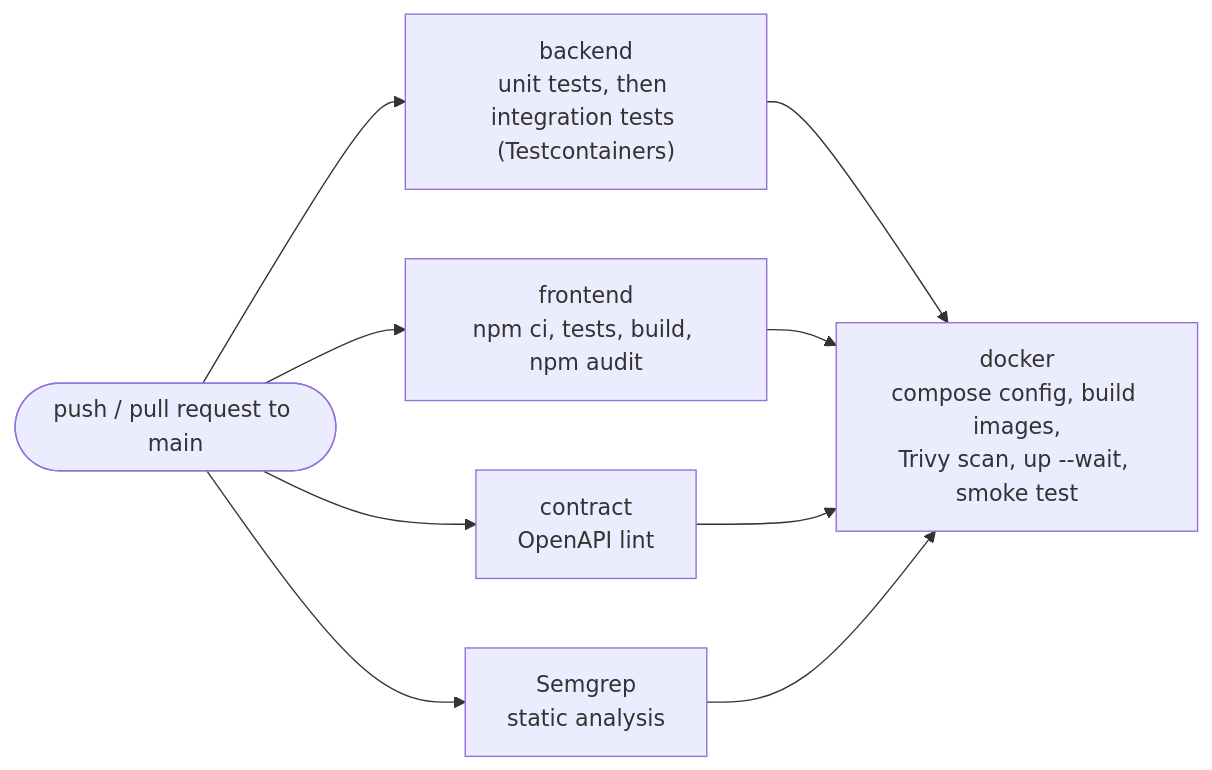
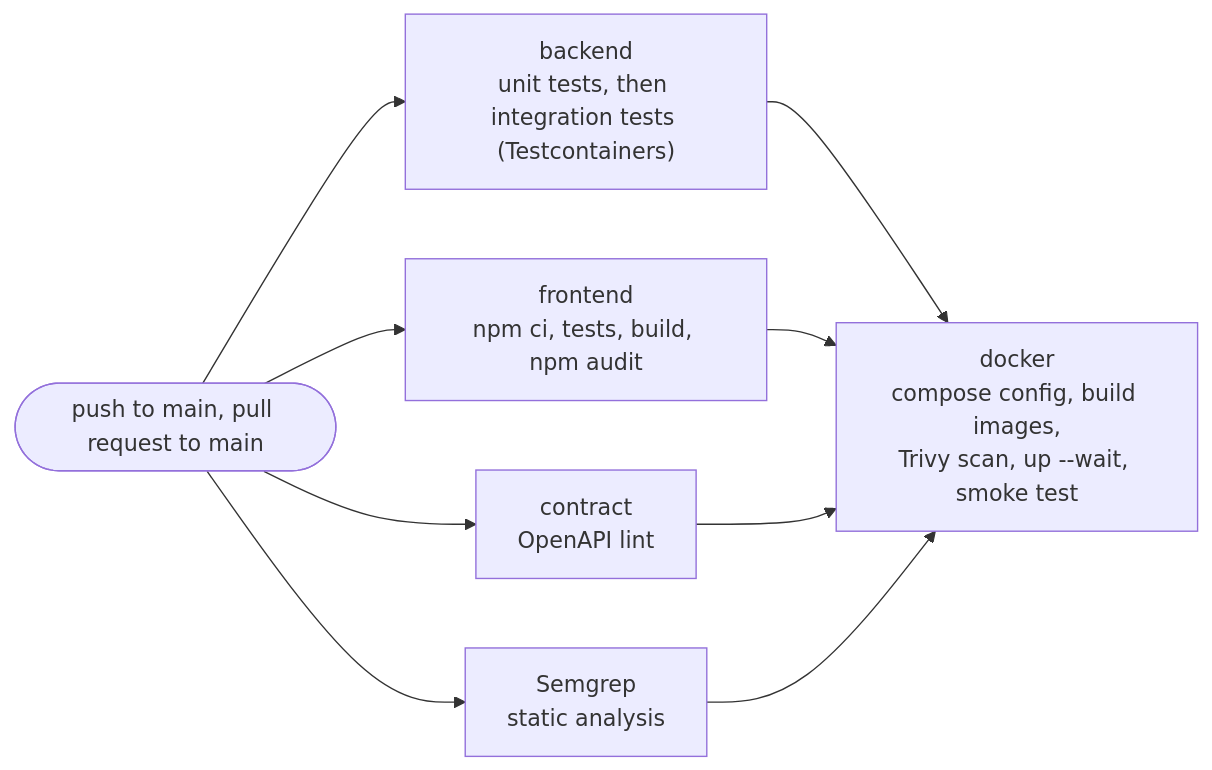
Before and after one commit to davidmarquees/matriz-task-manager: the third of 3 diagrams in docs/architecture.md, drawn with Mermaid. The commit also changed 12 other files, not shown here.

````diff
--- a/docs/architecture.md
+++ b/docs/architecture.md
@@ -132,9 +132,9 @@
 ```mermaid
 flowchart LR
-    trigger(["push / pull request to main"]) --> backend & frontend & contract & semgrep
+    trigger(["push to main, pull request to main"]) --> backend & frontend & contract & semgrep
     backend["backend<br/>unit tests, then integration tests (Testcontainers)"] --> docker
     frontend["frontend<br/>npm ci, tests, build, npm audit"] --> docker
     contract["contract<br/>OpenAPI lint"] --> docker
     semgrep["Semgrep<br/>static analysis"] --> docker
     docker["docker<br/>compose config, build images,<br/>Trivy scan, up --wait, smoke test"]
 ```
````
